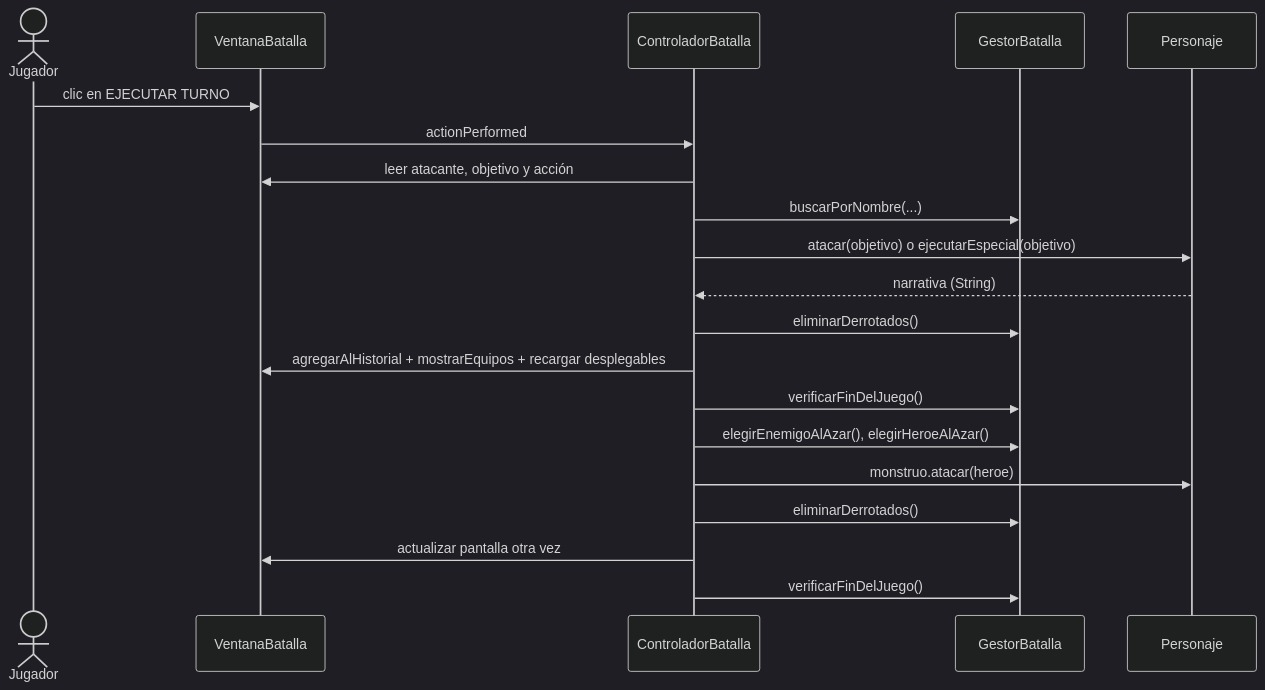
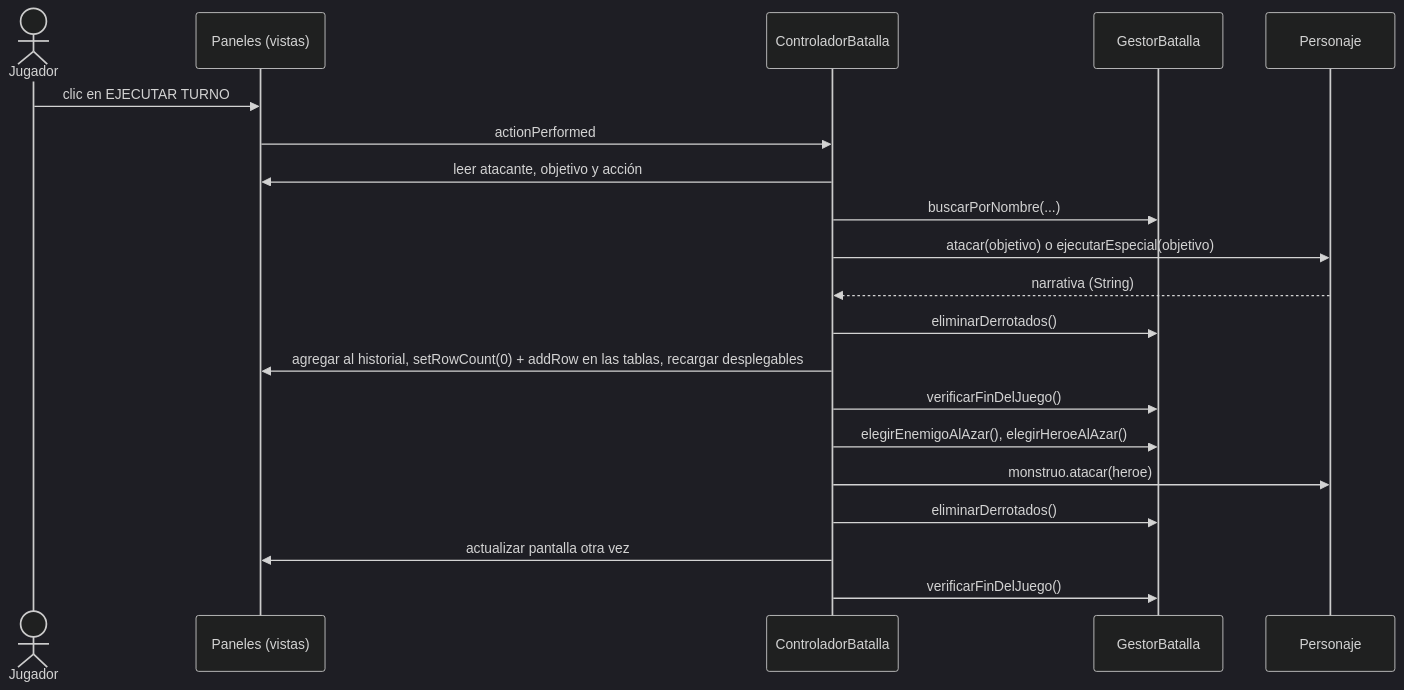
Before and after one commit to SJfigueroaV/Arena: the second of 2 diagrams in docs/diseno.md, drawn with Mermaid (dark theme). The commit also changed other lines of this file and 3 other files, not shown here.

````diff
--- a/docs/diseno.md
+++ b/docs/diseno.md
@@ -159,23 +200,23 @@
 ```mermaid
 sequenceDiagram
     actor Jugador
-    participant V as VentanaBatalla
+    participant V as Paneles (vistas)
     participant C as ControladorBatalla
     participant G as GestorBatalla
     participant P as Personaje
 
     Jugador->>V: clic en EJECUTAR TURNO
     V->>C: actionPerformed
     C->>V: leer atacante, objetivo y acción
     C->>G: buscarPorNombre(...)
     C->>P: atacar(objetivo) o ejecutarEspecial(objetivo)
     P-->>C: narrativa (String)
     C->>G: eliminarDerrotados()
-    C->>V: agregarAlHistorial + mostrarEquipos + recargar desplegables
+    C->>V: agregar al historial, setRowCount(0) + addRow en las tablas, recargar desplegables
     C->>G: verificarFinDelJuego()
     C->>G: elegirEnemigoAlAzar(), elegirHeroeAlAzar()
     C->>P: monstruo.atacar(heroe)
     C->>G: eliminarDerrotados()
     C->>V: actualizar pantalla otra vez
     C->>G: verificarFinDelJuego()
 ```
````
